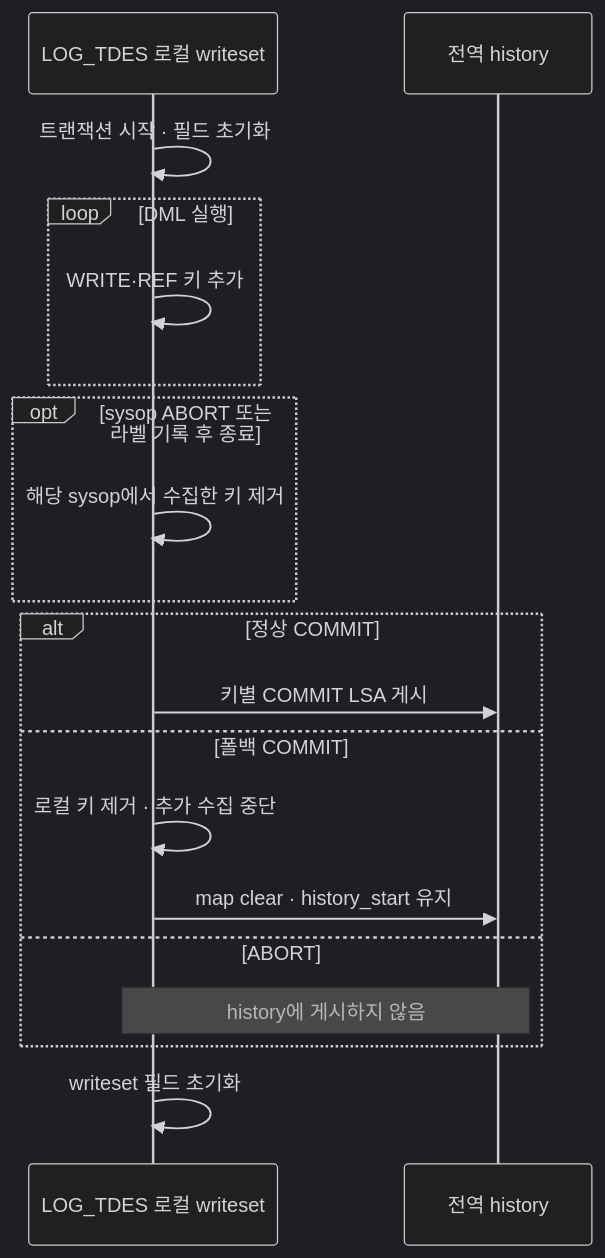
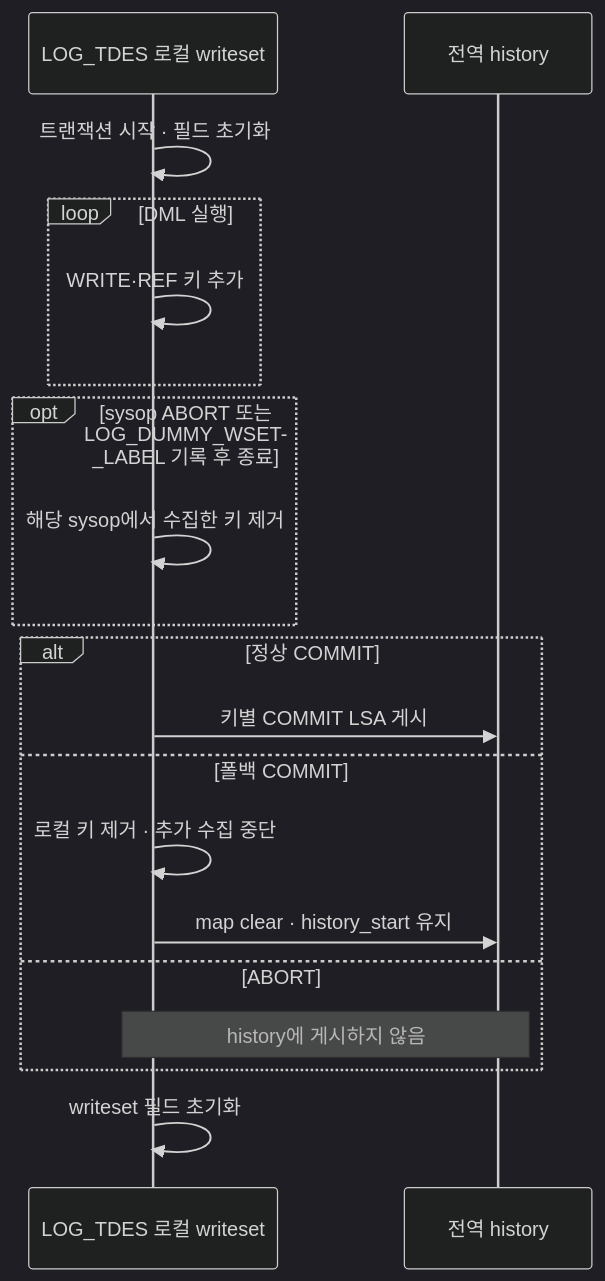
The second of 4 diagrams in writeset-design/_impl/01-master-implementation-design.md (youngjun9072/Workspace), drawn with Mermaid (dark theme) before and after one commit. The commit also changed other lines of this file and 61 other files, not shown here.

````diff
--- a/writeset-design/_impl/01-master-implementation-design.md
+++ b/writeset-design/_impl/01-master-implementation-design.md
@@ -234,26 +234,26 @@
 ```mermaid
 sequenceDiagram
   participant T as LOG_TDES 로컬 writeset
   participant H as 전역 history
 
   T->>T: 트랜잭션 시작 · 필드 초기화
 
   loop DML 실행
     T->>T: WRITE·REF 키 추가
   end
 
-  opt sysop ABORT 또는 라벨 기록 후 종료
+  opt sysop ABORT 또는 LOG_DUMMY_WSET_LABEL 기록 후 종료
     T->>T: 해당 sysop에서 수집한 키 제거
   end
 
   alt 정상 COMMIT
     T->>H: 키별 COMMIT LSA 게시
   else 폴백 COMMIT
     T->>T: 로컬 키 제거 · 추가 수집 중단
     T->>H: map clear · history_start 유지
   else ABORT
     Note over T,H: history에 게시하지 않음
   end
 
   T->>T: writeset 필드 초기화
 ```
````
